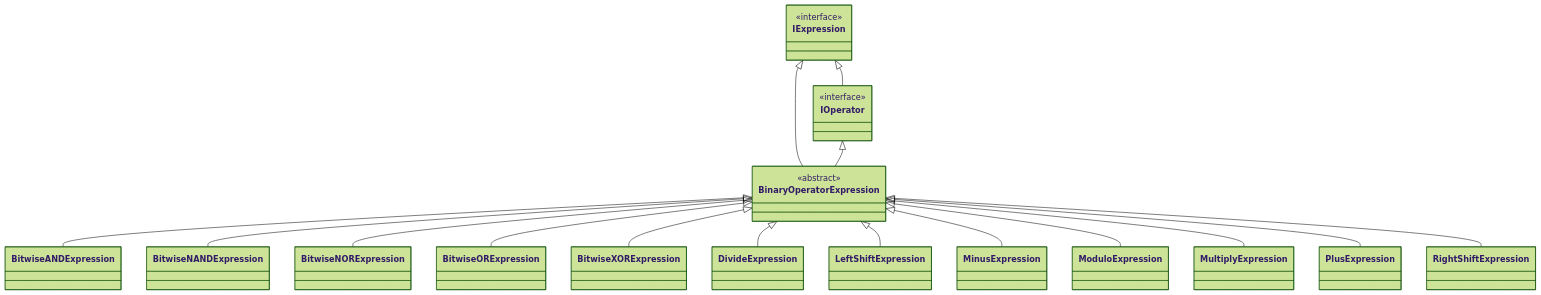
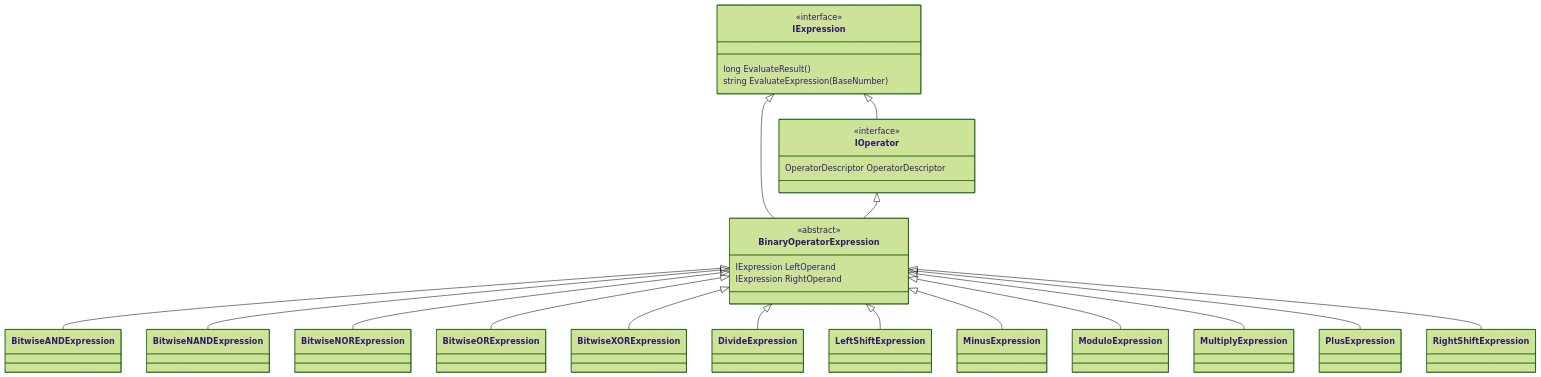
Before and after one commit to munyeongseok/MSProgrammerCalculator: the third of 4 diagrams in README.md, drawn with Mermaid (forest theme). The commit also changed other lines of this file, not shown here.

````diff
--- a/README.md
+++ b/README.md
@@ -42,21 +46,26 @@
 ```mermaid
 classDiagram
     IExpression <|-- IOperator
     IExpression <|-- BinaryOperatorExpression
     IOperator <|-- BinaryOperatorExpression
     BinaryOperatorExpression <|-- BitwiseANDExpression
     BinaryOperatorExpression <|-- BitwiseNANDExpression
     BinaryOperatorExpression <|-- BitwiseNORExpression
     BinaryOperatorExpression <|-- BitwiseORExpression
     BinaryOperatorExpression <|-- BitwiseXORExpression
     BinaryOperatorExpression <|-- DivideExpression
     BinaryOperatorExpression <|-- LeftShiftExpression
     BinaryOperatorExpression <|-- MinusExpression
     BinaryOperatorExpression <|-- ModuloExpression
     BinaryOperatorExpression <|-- MultiplyExpression
     BinaryOperatorExpression <|-- PlusExpression
     BinaryOperatorExpression <|-- RightShiftExpression
     <<interface>> IExpression
+    IExpression : long EvaluateResult()
+    IExpression : string EvaluateExpression(BaseNumber)
     <<interface>> IOperator
+    IOperator : OperatorDescriptor OperatorDescriptor
     <<abstract>> BinaryOperatorExpression
+    BinaryOperatorExpression : IExpression LeftOperand
+    BinaryOperatorExpression : IExpression RightOperand
 ```
````
